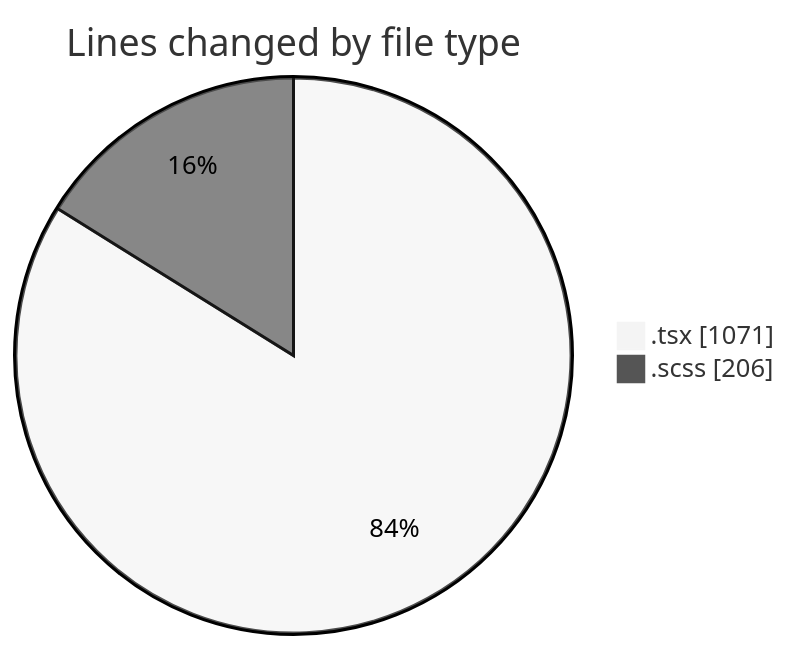
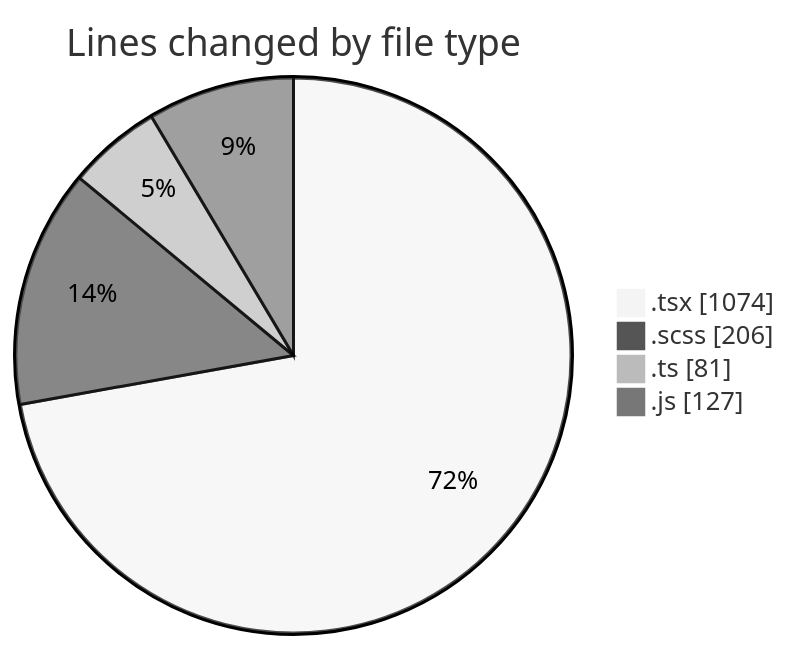
The first of 2 diagrams in 2026-04-23/cda/README.md (momahboobian/code-tracking), drawn with Mermaid (neutral theme) before and after one commit. The commit also changed other lines of this file and 1 other file, not shown here.

````diff
--- a/2026-04-23/cda/README.md
+++ b/2026-04-23/cda/README.md
@@ -27,6 +29,8 @@
 ```mermaid
 pie showData
 title Lines changed by file type
-".tsx" : 1071
+".tsx" : 1074
 ".scss" : 206
+".ts" : 81
+".js" : 127
 ```
````
